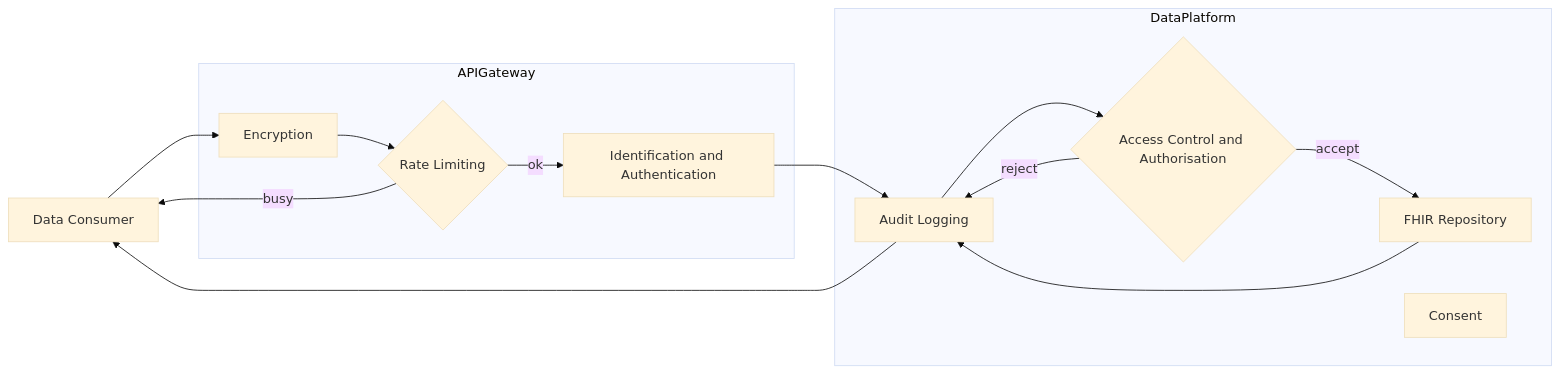
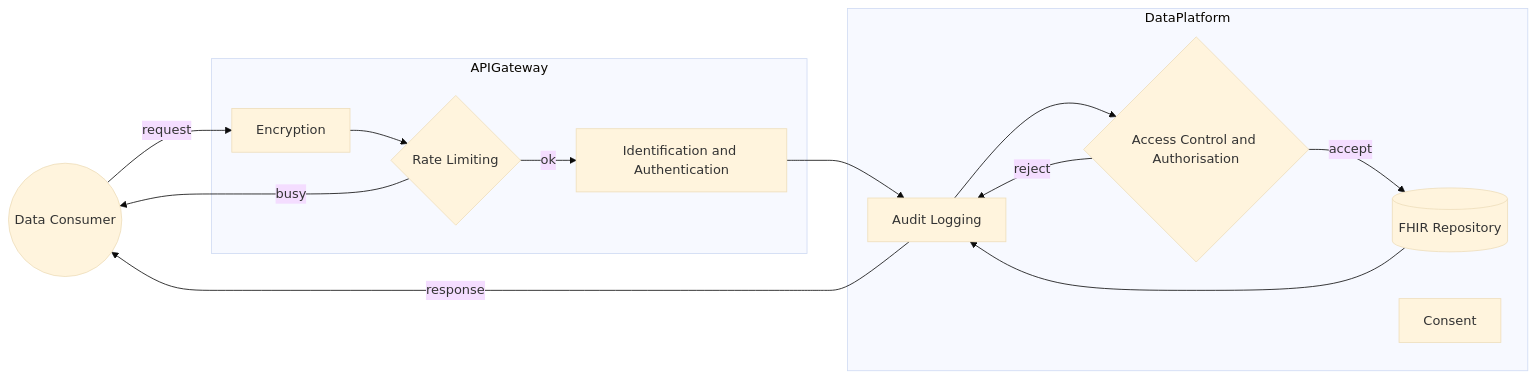
Before and after one commit to uk-gov-mirror/nw-gmsa.nw-gmsa.github.com: the first of 2 diagrams in input/pagecontent/security.md, drawn with Mermaid (base theme).

Commit message:
Specimen

````diff
--- a/input/pagecontent/security.md
+++ b/input/pagecontent/security.md
@@ -2,30 +2,29 @@
 ```mermaid
 graph LR;
 
-consumer[Data Consumer]
+consumer@{shape: circle, label: "Data Consumer"}
 
 subgraph APIGateway
     enc[Encryption]
     rate{Rate Limiting}
     id[Identification and Authentication] 
 end
-
 subgraph DataPlatform
     auth{Access Control and Authorisation}
     audit1[Audit Logging]
-    api[FHIR Repository]
+    api@{shape: cyl, label: "FHIR Repository"}
     consent[Consent]
 end
 
 
-consumer --> enc
+consumer --> |request| enc
 enc --> rate
 rate --> |ok| id
 rate --> |busy| consumer
 id --> audit1
 audit1 --> auth
 auth --> |accept| api
 auth --> |reject| audit1
 api --> audit1
-audit1 --> consumer
+audit1 --> |response| consumer
 ```
````
